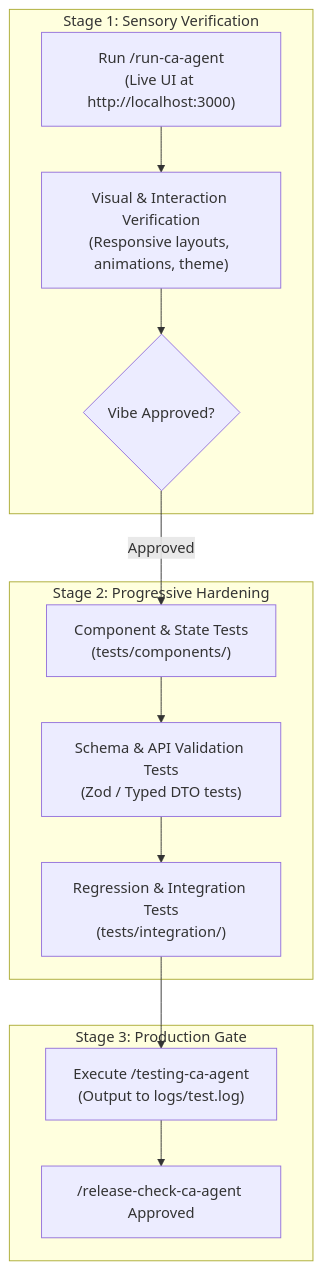
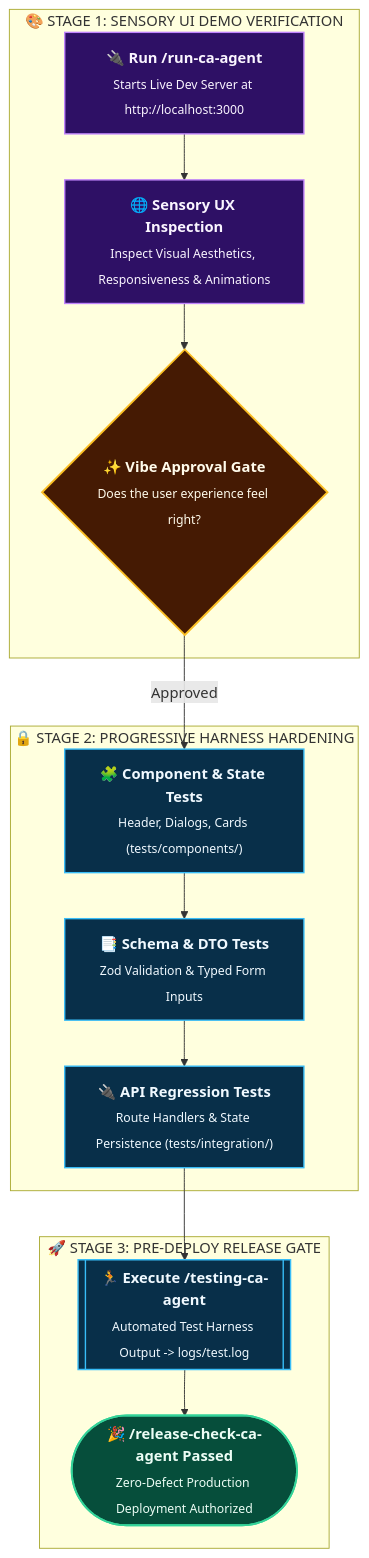
One commit to rmsofficialsyt/Agentic-AI-Vibe-Coding-AND-SDD-TDD-Codebase-Chandan-Adhikary changed the diagram in Vibe-Coding-Chandan-Adhikary/Vibe-Coding/tests/README.md. Above: the diagram before and after it, drawn with Mermaid. The commit also changed 23 other files, not shown here.

Commit message:
docs: redesign diagrams to Eraser.io visual style and regenerate MANIFEST.json

````diff
--- a/Vibe-Coding-Chandan-Adhikary/Vibe-Coding/tests/README.md
+++ b/Vibe-Coding-Chandan-Adhikary/Vibe-Coding/tests/README.md
@@ -25,27 +25,32 @@
 ```mermaid
 flowchart TD
-    subgraph SensoryStage ["Stage 1: Sensory Verification"]
-        LiveDemo["Run /run-ca-agent<br/>(Live UI at http://localhost:3000)"]
-        SensoryCheck["Visual & Interaction Verification<br/>(Responsive layouts, animations, theme)"]
-        VibeSignOff{"Vibe Approved?"}
+    classDef sensory fill:#2e1065,stroke:#c084fc,stroke-width:1.5px,color:#faf5ff;
+    classDef gate fill:#451a03,stroke:#fbbf24,stroke-width:2px,color:#fffbeb;
+    classDef harden fill:#082f49,stroke:#38bdf8,stroke-width:1.5px,color:#f0f9ff;
+    classDef pass fill:#064e3b,stroke:#34d399,stroke-width:2px,color:#ecfdf5;
+
+    subgraph SensoryStage ["🎨 STAGE 1: SENSORY UI DEMO VERIFICATION"]
+        LiveDemo["<b>🔌 Run /run-ca-agent</b><br/><sub>Starts Live Dev Server at http://localhost:3000</sub>"]:::sensory
+        SensoryCheck["<b>🌐 Sensory UX Inspection</b><br/><sub>Inspect Visual Aesthetics, Responsiveness & Animations</sub>"]:::sensory
+        VibeSignOff{"<b>✨ Vibe Approval Gate</b><br/><sub>Does the user experience feel right?</sub>"}:::gate
     end
 
-    subgraph HardeningStage ["Stage 2: Progressive Hardening"]
-        ComponentTests["Component & State Tests<br/>(tests/components/)"]
-        ValidationTests["Schema & API Validation Tests<br/>(Zod / Typed DTO tests)"]
-        RegressionTests["Regression & Integration Tests<br/>(tests/integration/)"]
+    subgraph HardeningStage ["🔒 STAGE 2: PROGRESSIVE HARNESS HARDENING"]
+        ComponentTests["<b>🧩 Component & State Tests</b><br/><sub>Header, Dialogs, Cards (tests/components/)</sub>"]:::harden
+        ValidationTests["<b>📑 Schema & DTO Tests</b><br/><sub>Zod Validation & Typed Form Inputs</sub>"]:::harden
+        RegressionTests["<b>🔌 API Regression Tests</b><br/><sub>Route Handlers & State Persistence (tests/integration/)</sub>"]:::harden
     end
 
-    subgraph ReleaseStage ["Stage 3: Production Gate"]
-        TestRun["Execute /testing-ca-agent<br/>(Output to logs/test.log)"]
-        ShipVerdict["/release-check-ca-agent Approved"]
+    subgraph ReleaseStage ["🚀 STAGE 3: PRE-DEPLOY RELEASE GATE"]
+        TestRun[["<b>🏃 Execute /testing-ca-agent</b><br/><sub>Automated Test Harness Output -> logs/test.log</sub>"]]:::harden
+        ShipVerdict(["<b>🎉 /release-check-ca-agent Passed</b><br/><sub>Zero-Defect Production Deployment Authorized</sub>"]):::pass
     end
 
     LiveDemo --> SensoryCheck
     SensoryCheck --> VibeSignOff
     VibeSignOff -->|"Approved"| ComponentTests
     ComponentTests --> ValidationTests
     ValidationTests --> RegressionTests
     RegressionTests --> TestRun
     TestRun --> ShipVerdict
 ```
````
